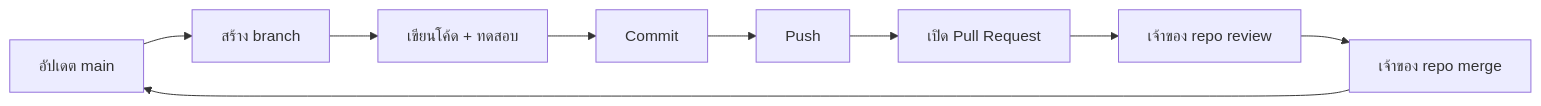
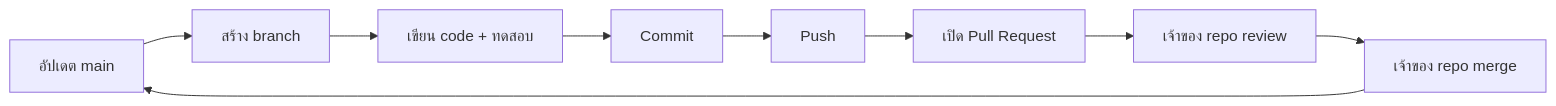
One commit to ZoFirsT/ChuayNoi changed the diagram in docs/03-workflow.md. Above: the diagram before and after it, drawn with Mermaid. The commit also changed other lines of this file and 44 other files, not shown here.

````diff
--- a/docs/03-workflow.md
+++ b/docs/03-workflow.md
@@ -37,11 +41,11 @@
 ```mermaid
 flowchart LR
     A["อัปเดต main"] --> B["สร้าง branch"]
-    B --> C["เขียนโค้ด + ทดสอบ"]
+    B --> C["เขียน code + ทดสอบ"]
     C --> D["Commit"]
     D --> E["Push"]
     E --> F["เปิด Pull Request"]
     F --> G["เจ้าของ repo review"]
     G --> H["เจ้าของ repo merge"]
     H --> A
 ```
````
